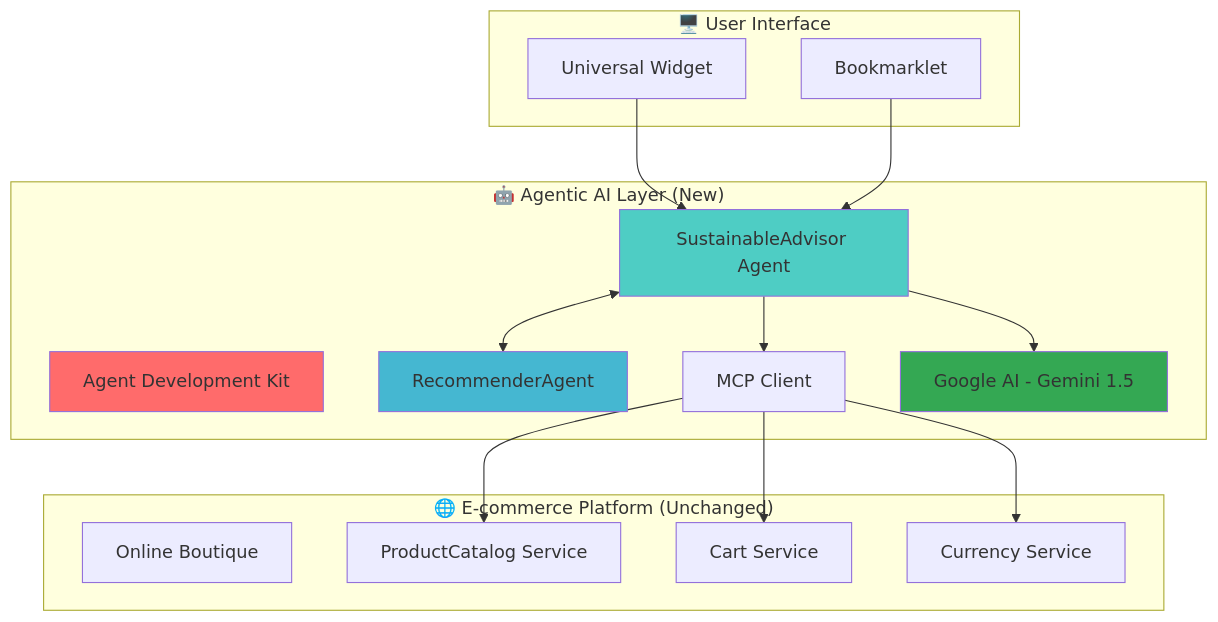
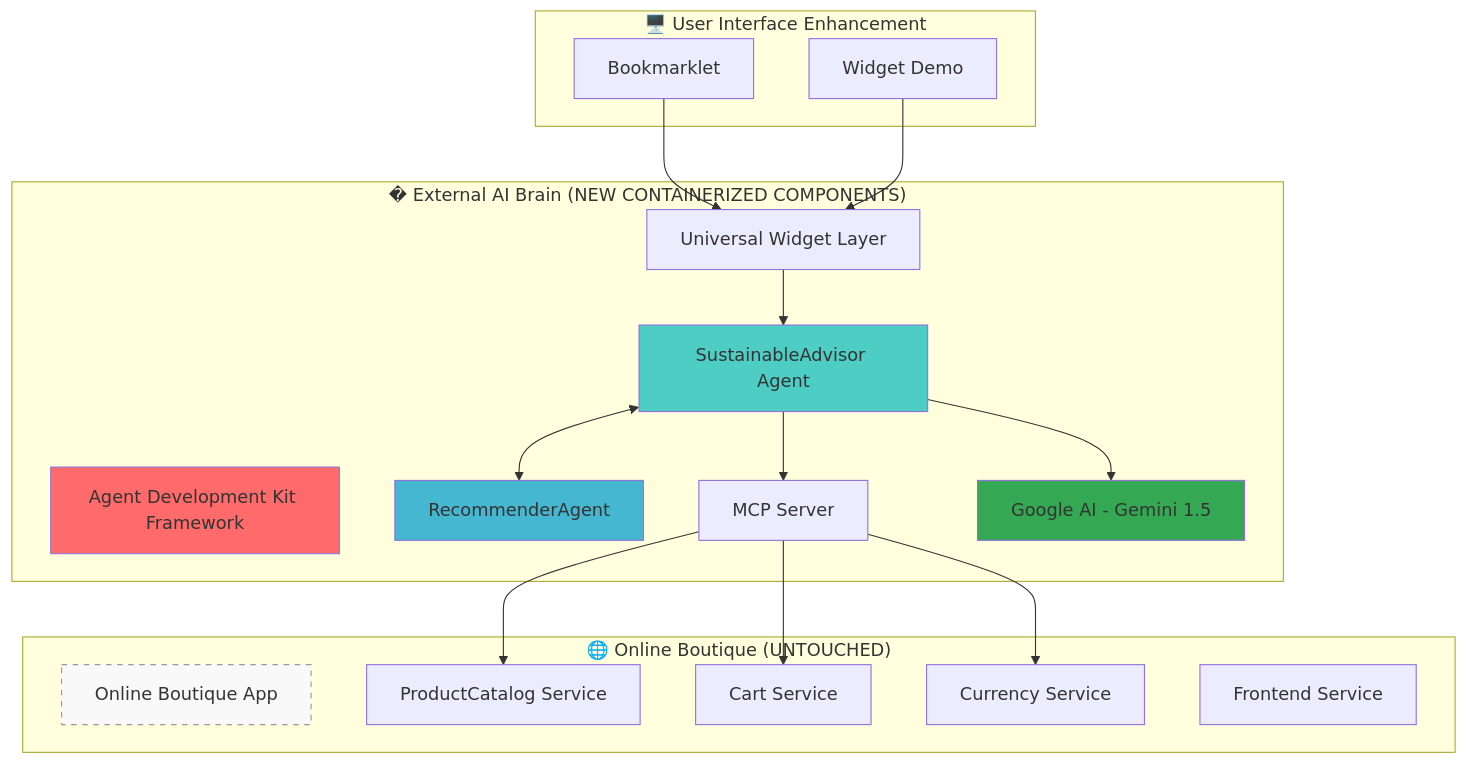
The diagram in README.md (mariafiorio/sustainable-shopping-advisor), drawn with Mermaid before and after one commit. The commit also changed other lines of this file, not shown here.

````diff
--- a/README.md
+++ b/README.md
@@ -30,36 +30,40 @@
 ```mermaid
 graph TB
-    subgraph "🌐 E-commerce Platform (Unchanged)"
-        OB[Online Boutique]
+    subgraph "🌐 Online Boutique (UNTOUCHED)"
+        OB[Online Boutique App]
         PC[ProductCatalog Service]
         CS[Cart Service]
         CU[Currency Service]
+        FE[Frontend Service]
     end
     
-    subgraph "🤖 Agentic AI Layer (New)"
-        ADK[Agent Development Kit]
+    subgraph "� External AI Brain (NEW CONTAINERIZED COMPONENTS)"
+        ADK[Agent Development Kit Framework]
         SA[SustainableAdvisor Agent]
         RA[RecommenderAgent]
-        MCP[MCP Client]
+        MCP[MCP Server]
         GEMINI[Google AI - Gemini 1.5]
+        WIDGET[Universal Widget Layer]
     end
     
-    subgraph "🖥️ User Interface"
-        WIDGET[Universal Widget]
+    subgraph "🖥️ User Interface Enhancement"
         BOOK[Bookmarklet]
+        DEMO[Widget Demo]
     end
     
+    BOOK --> WIDGET
+    DEMO --> WIDGET
     WIDGET --> SA
-    BOOK --> SA
     SA <--> RA
     SA --> MCP
     MCP --> PC
     MCP --> CS
     MCP --> CU
     SA --> GEMINI
     
     style ADK fill:#ff6b6b
     style SA fill:#4ecdc4
     style RA fill:#45b7d1
     style GEMINI fill:#34a853
+    style OB fill:#f9f9f9,stroke:#999,stroke-dasharray: 5 5
 ```
````
